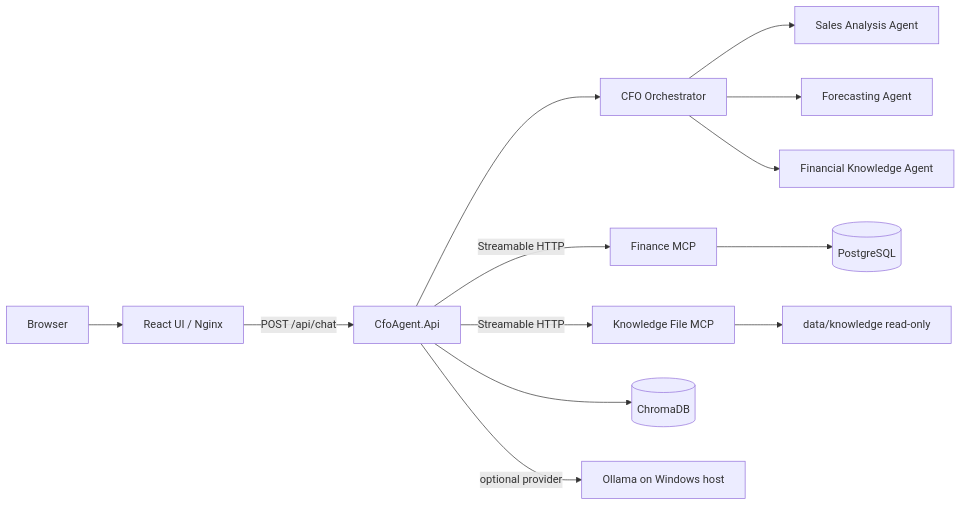
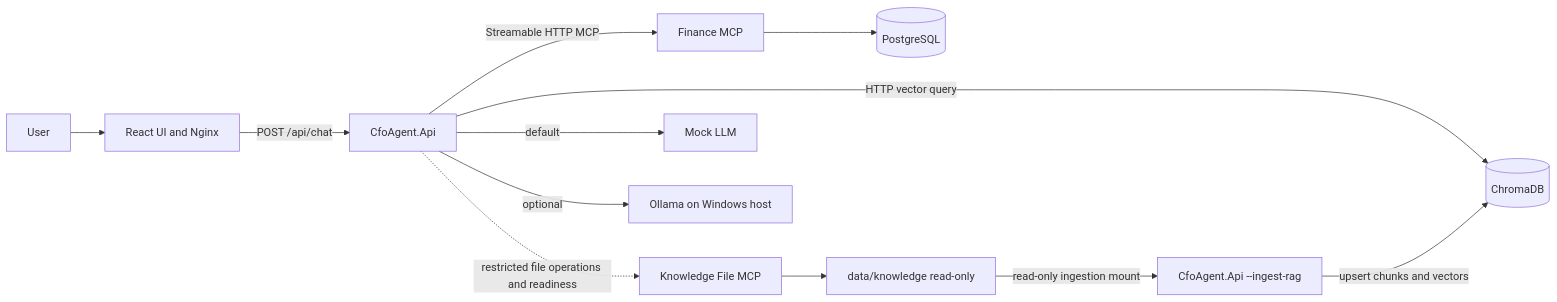
One commit to prabodharandima/ai_agent_cfo changed the first of 12 diagrams in APPLICATION_ARCHITECTURE.md. Above: the diagram before and after it, drawn with Mermaid. The commit also changed other lines of this file and 55 other files, not shown here.

````diff
--- a/APPLICATION_ARCHITECTURE.md
+++ b/APPLICATION_ARCHITECTURE.md
@@ -7,15 +60,17 @@
 ```mermaid
 flowchart LR
-    User[Browser] --> UI[React UI / Nginx]
-    UI -->|POST /api/chat| Api[CfoAgent.Api]
-    Api --> Orchestrator[CFO Orchestrator]
-    Orchestrator --> Sales[Sales Analysis Agent]
-    Orchestrator --> Forecast[Forecasting Agent]
-    Orchestrator --> Knowledge[Financial Knowledge Agent]
-    Api -->|Streamable HTTP| FinanceMcp[Finance MCP]
-    Api -->|Streamable HTTP| KnowledgeMcp[Knowledge File MCP]
-    Api --> Chroma[(ChromaDB)]
-    FinanceMcp --> Postgres[(PostgreSQL)]
-    KnowledgeMcp --> Files[data/knowledge read-only]
-    Api -->|optional provider| Ollama[Ollama on Windows host]
+    User[User] --> UI[React UI and Nginx]
+    UI -->|POST /api/chat| API[CfoAgent.Api]
+
+    API -->|Streamable HTTP MCP| Finance[Finance MCP]
+    Finance --> PG[(PostgreSQL)]
+
+    API -->|HTTP vector query| Chroma[(ChromaDB)]
+    API -. restricted file operations and readiness .-> Knowledge[Knowledge File MCP]
+    Knowledge --> Files[data/knowledge read-only]
+    Files -->|read-only ingestion mount| RagInit[CfoAgent.Api --ingest-rag]
+    RagInit -->|upsert chunks and vectors| Chroma
+
+    API -->|default| Mock[Mock LLM]
+    API -->|optional| Ollama[Ollama on Windows host]
 ```
````
